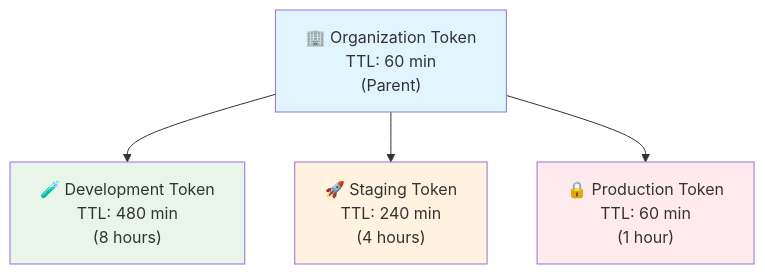
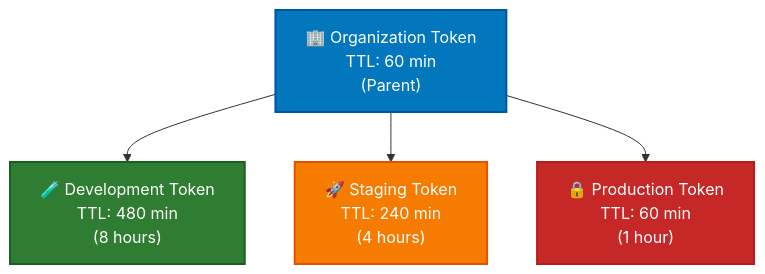
The first of 2 diagrams in blog-post.md (samgabrail/akeyless-uid), drawn with Mermaid before and after one commit. The commit also changed other lines of this file, not shown here.

Commit message:
better colors for diagrams

````diff
--- a/blog-post.md
+++ b/blog-post.md
@@ -259,11 +259,11 @@
 ```mermaid
 graph TD
     A["🏢 Organization Token<br/>TTL: 60 min<br/>(Parent)"] --> B["🧪 Development Token<br/>TTL: 480 min<br/>(8 hours)"]
     A --> C["🚀 Staging Token<br/>TTL: 240 min<br/>(4 hours)"]
     A --> D["🔒 Production Token<br/>TTL: 60 min<br/>(1 hour)"]
     
-    style A fill:#e1f5fe
-    style B fill:#e8f5e8
-    style C fill:#fff3e0
-    style D fill:#ffebee
+    style A fill:#0277bd,stroke:#01579b,stroke-width:2px,color:#ffffff
+    style B fill:#2e7d32,stroke:#1b5e20,stroke-width:2px,color:#ffffff
+    style C fill:#f57c00,stroke:#e65100,stroke-width:2px,color:#ffffff
+    style D fill:#c62828,stroke:#b71c1c,stroke-width:2px,color:#ffffff
 ```
````
